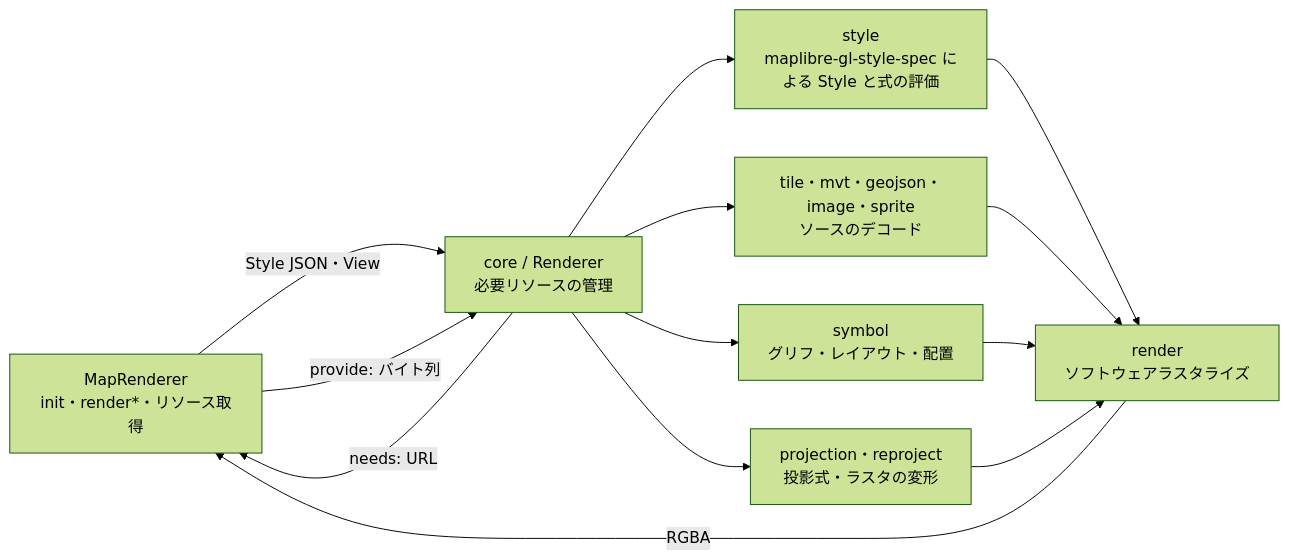
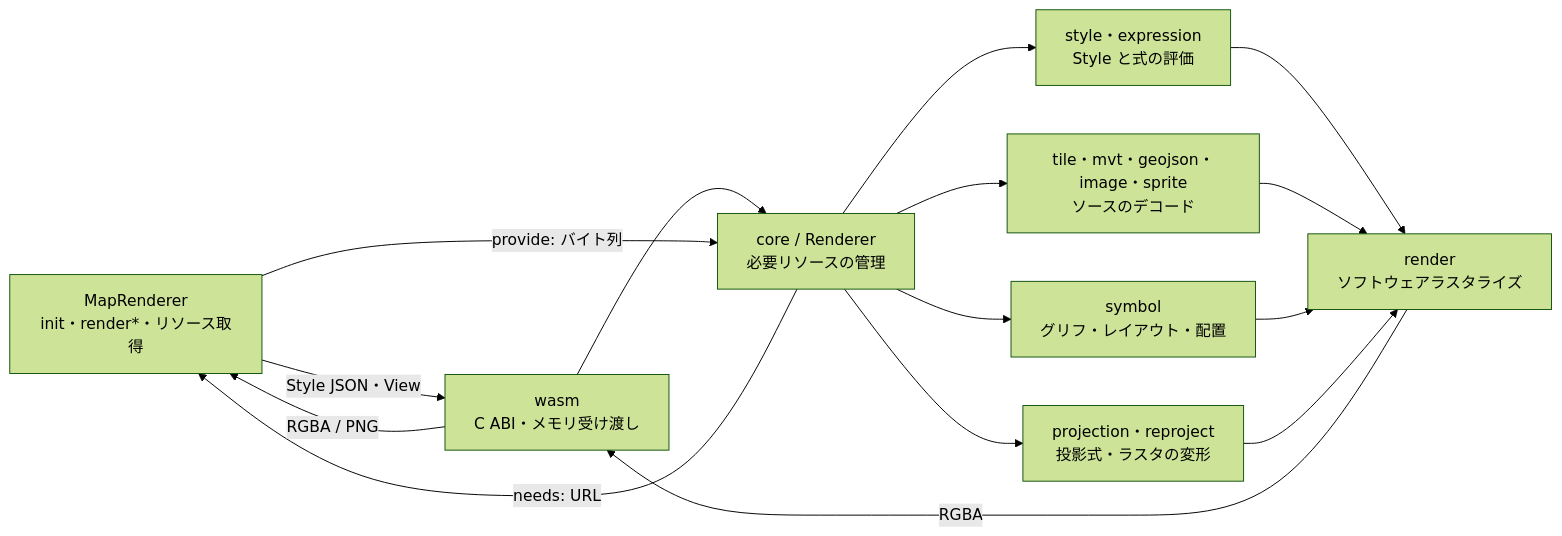
The diagram in README.md (Kanahiro/ml2drender), drawn with Mermaid (forest theme) before and after one commit. The commit also changed other lines of this file and 103 other files, not shown here.

First line of the commit message:
Return to the Rust/WASM renderer

````diff
--- a/README.md
+++ b/README.md
@@ -111,15 +115,17 @@
 ```mermaid
 flowchart LR
-    Host[MapRenderer<br/>init・render*・リソース取得] -->|Style JSON・View| Core[core / Renderer<br/>必要リソースの管理]
+    Host[MapRenderer<br/>init・render*・リソース取得] -->|Style JSON・View| ABI[wasm<br/>C ABI・メモリ受け渡し]
+    ABI --> Core[core / Renderer<br/>必要リソースの管理]
     Core -->|needs: URL| Host
     Host -->|provide: バイト列| Core
-    Core --> Style[style<br/>maplibre-gl-style-spec による Style と式の評価]
+    Core --> Style[style・expression<br/>Style と式の評価]
     Core --> Sources[tile・mvt・geojson・image・sprite<br/>ソースのデコード]
     Core --> Symbols[symbol<br/>グリフ・レイアウト・配置]
     Core --> Proj[projection・reproject<br/>投影式・ラスタの変形]
     Style --> Draw[render<br/>ソフトウェアラスタライズ]
     Sources --> Draw
     Symbols --> Draw
     Proj --> Draw
-    Draw -->|RGBA| Host
+    Draw -->|RGBA| ABI
+    ABI -->|RGBA / PNG| Host
 ```
````
